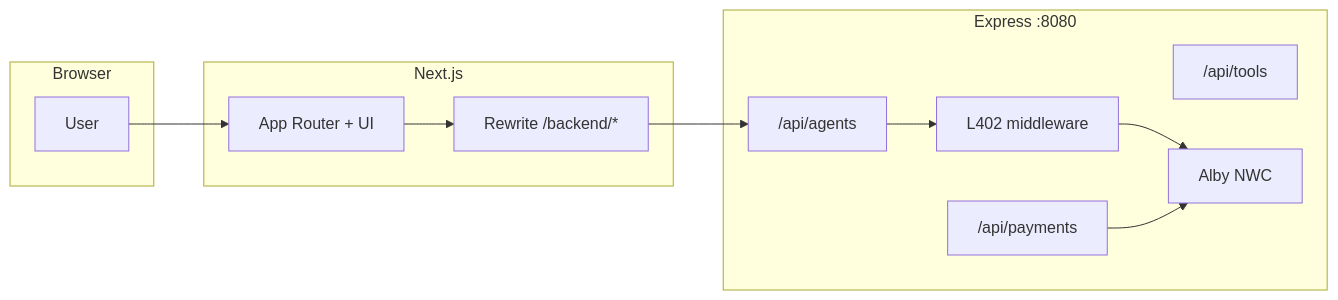
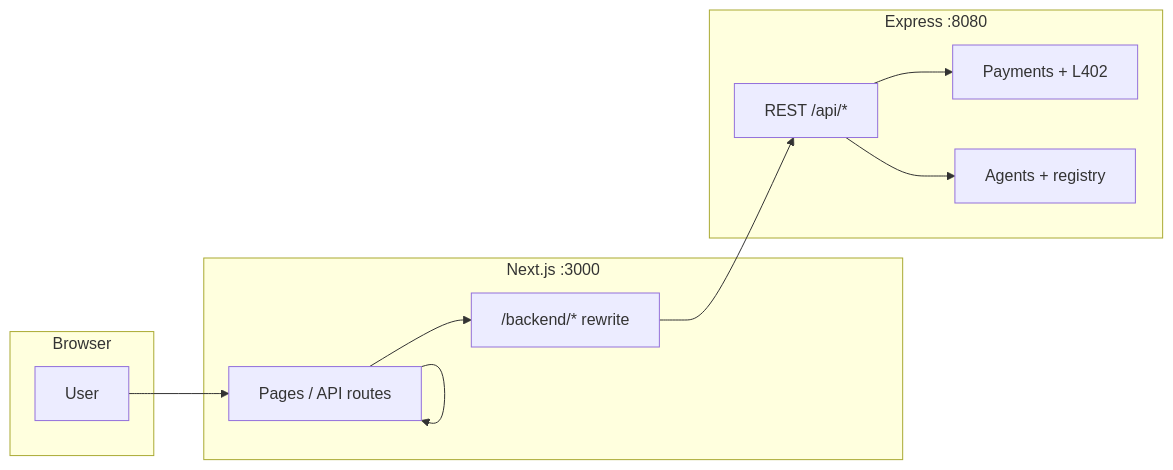
One commit to gautammanak1/shotenx-ai changed the diagram in readme.md. Above: the diagram before and after it, drawn with Mermaid. The commit also changed other lines of this file, not shown here.

````diff
--- a/readme.md
+++ b/readme.md
@@ -217,23 +22,21 @@
 ```mermaid
 flowchart LR
   subgraph Browser
     U[User]
   end
-  subgraph Next["Next.js"]
-    P[App Router + UI]
-    RW["Rewrite /backend/*"]
+  subgraph Next["Next.js :3000"]
+    P[Pages / API routes]
+    RW["/backend/* rewrite"]
   end
   subgraph Express["Express :8080"]
-    A["/api/agents"]
-    Pay["/api/payments"]
-    T["/api/tools"]
-    L402[L402 middleware]
-    NWC[Alby NWC]
+    B[REST /api/*]
+    L[Payments + L402]
+    A[Agents + registry]
   end
   U --> P
   P --> RW
-  RW --> A
-  A --> L402
-  L402 --> NWC
-  Pay --> NWC
+  RW --> B
+  P --> P
+  B --> L
+  B --> A
 ```
````
